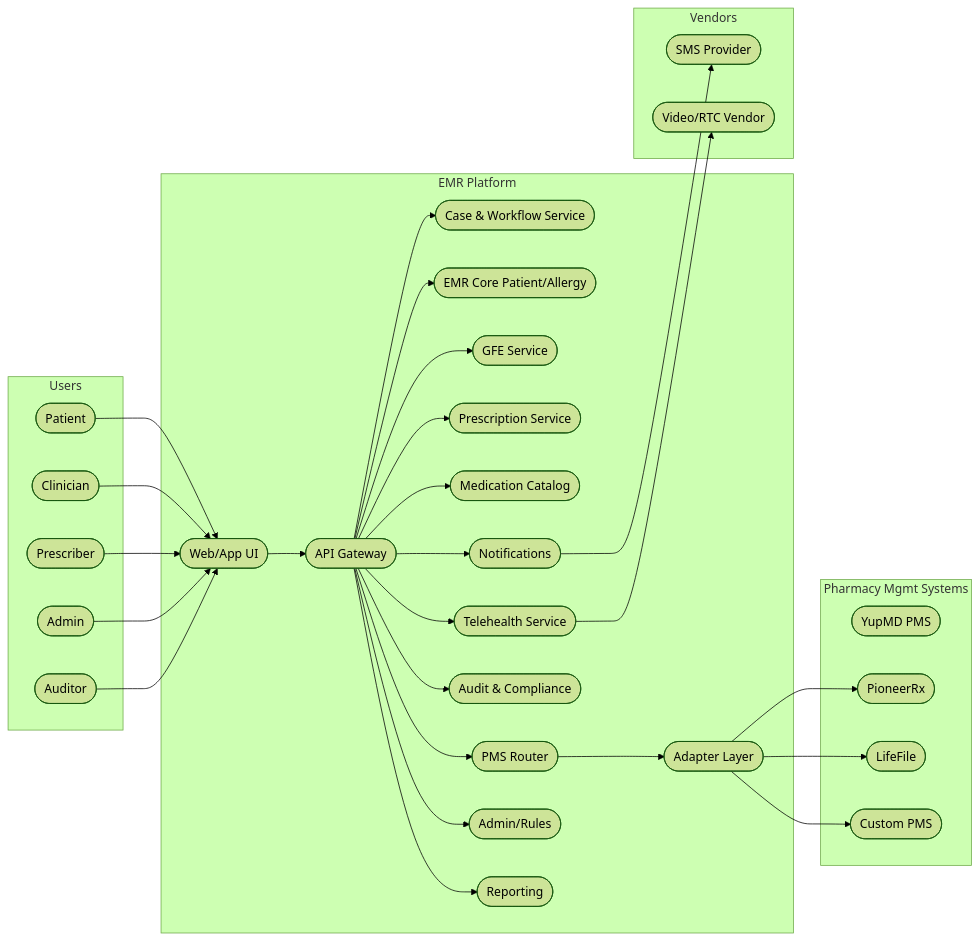
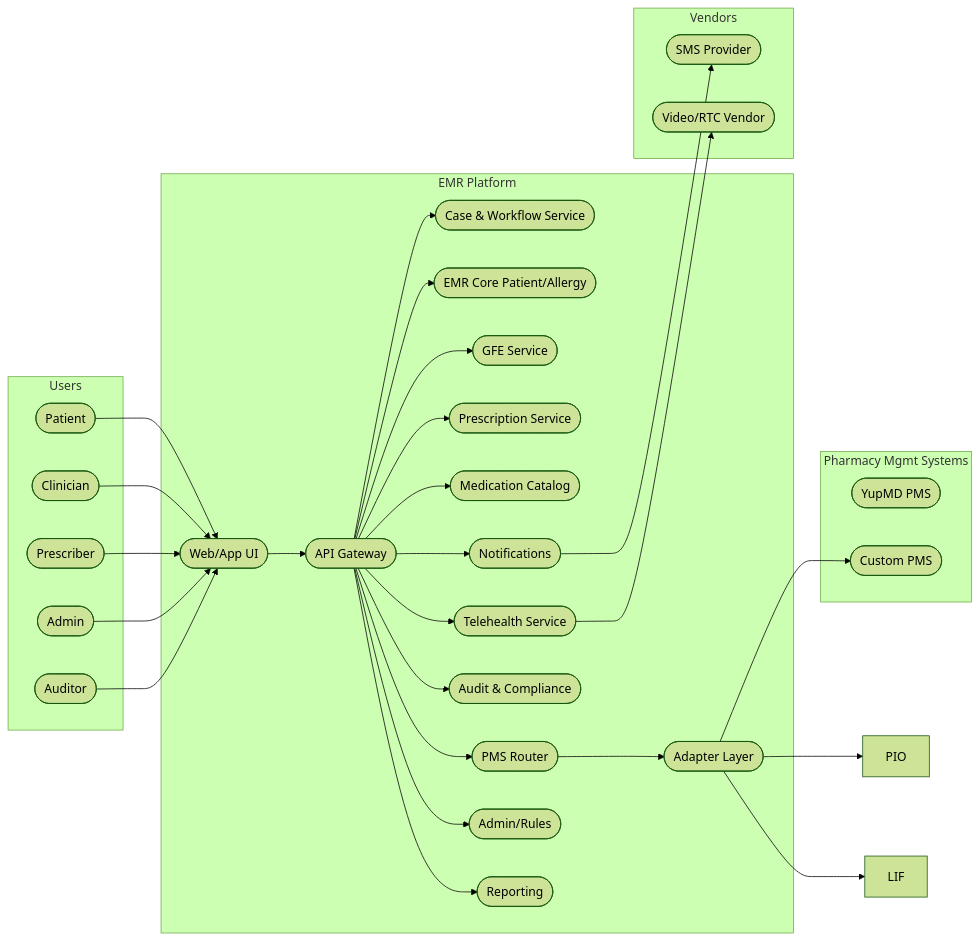
Before and after one commit to haunguyen90/EMR_solution_planning: the first of 8 diagrams in project_in_a_page.md, drawn with Mermaid (forest theme). The commit also changed other lines of this file, not shown here.

Commit message:
Remove PioneerRx from the solution git push origin main

````diff
--- a/project_in_a_page.md
+++ b/project_in_a_page.md
@@ -90,65 +90,63 @@
 ```mermaid
 flowchart LR
   subgraph Users
     P([Patient])
     CL([Clinician])
     PR([Prescriber])
     AD([Admin])
     AU([Auditor])
   end
 
   subgraph EMR [EMR Platform]
     UI([Web/App UI])
     API([API Gateway])
     WF([Case & Workflow Service])
     EM([EMR Core Patient/Allergy])
     GFE([GFE Service])
     RX([Prescription Service])
     CAT([Medication Catalog])
     TEL([Telehealth Service])
     RT([PMS Router])
     ADP([Adapter Layer])
     AUD([Audit & Compliance])
     NOTIF([Notifications])
     ADM([Admin/Rules])
     REP([Reporting])
   end
 
   P --> UI
   CL --> UI
   PR --> UI
   AD --> UI
   AU --> UI
 
   UI --> API
   API --> EM
   API --> GFE
   API --> WF
   API --> RX
   API --> CAT
   API --> TEL
   API --> RT
   API --> AUD
   API --> NOTIF
   API --> ADM
   API --> REP
 
   subgraph Vendors
     SMS([SMS Provider])
     VIDEO([Video/RTC Vendor])
   end
 
   subgraph PMS [Pharmacy Mgmt Systems]
     YUP([YupMD PMS])
-    PIO([PioneerRx])
-    LIF([LifeFile])
     CUS([Custom PMS])
   end
 
   NOTIF --> SMS
   TEL --> VIDEO
   RT --> ADP
   ADP --> PIO
   ADP --> LIF
   ADP --> CUS
 ```
````
